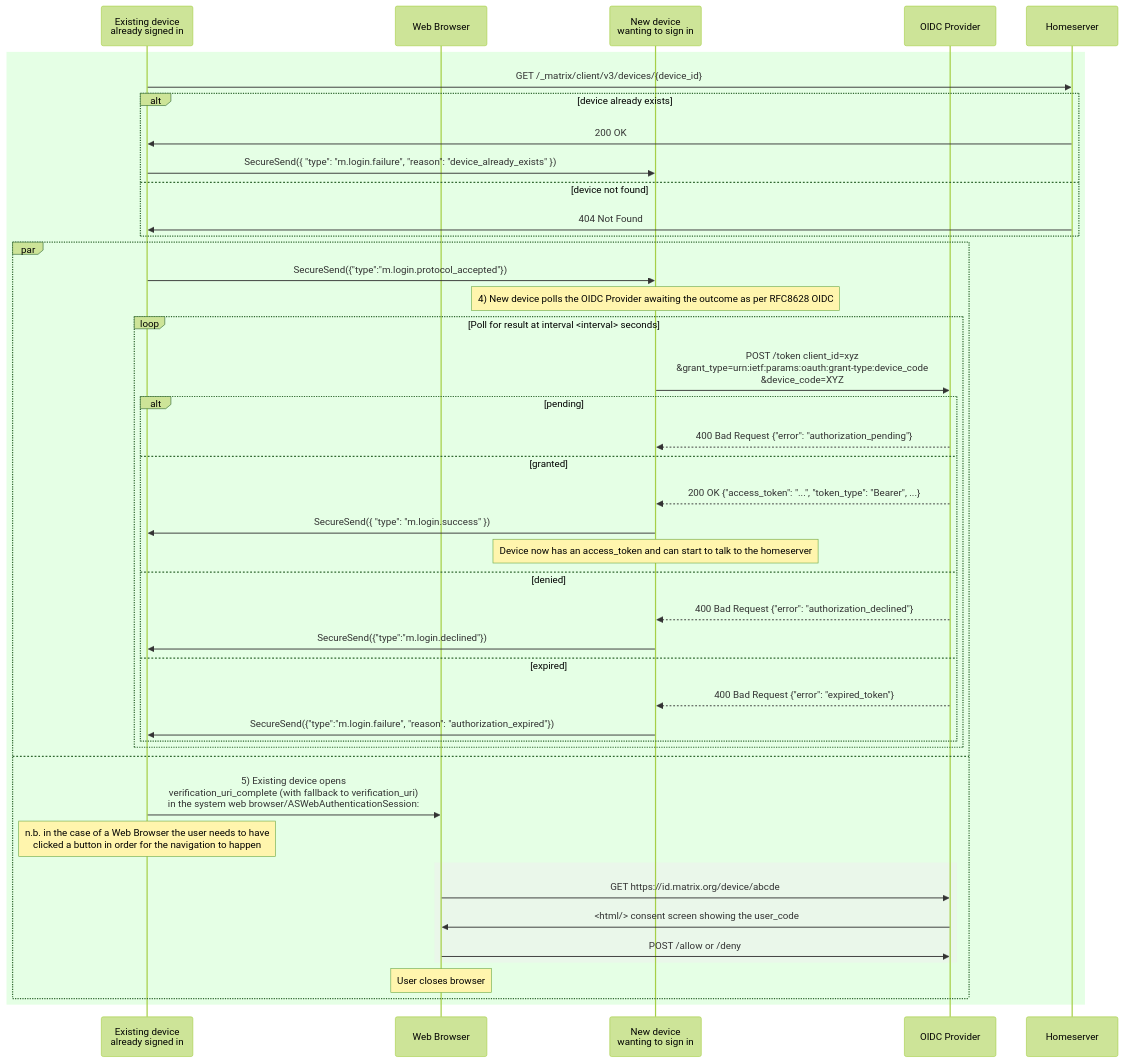
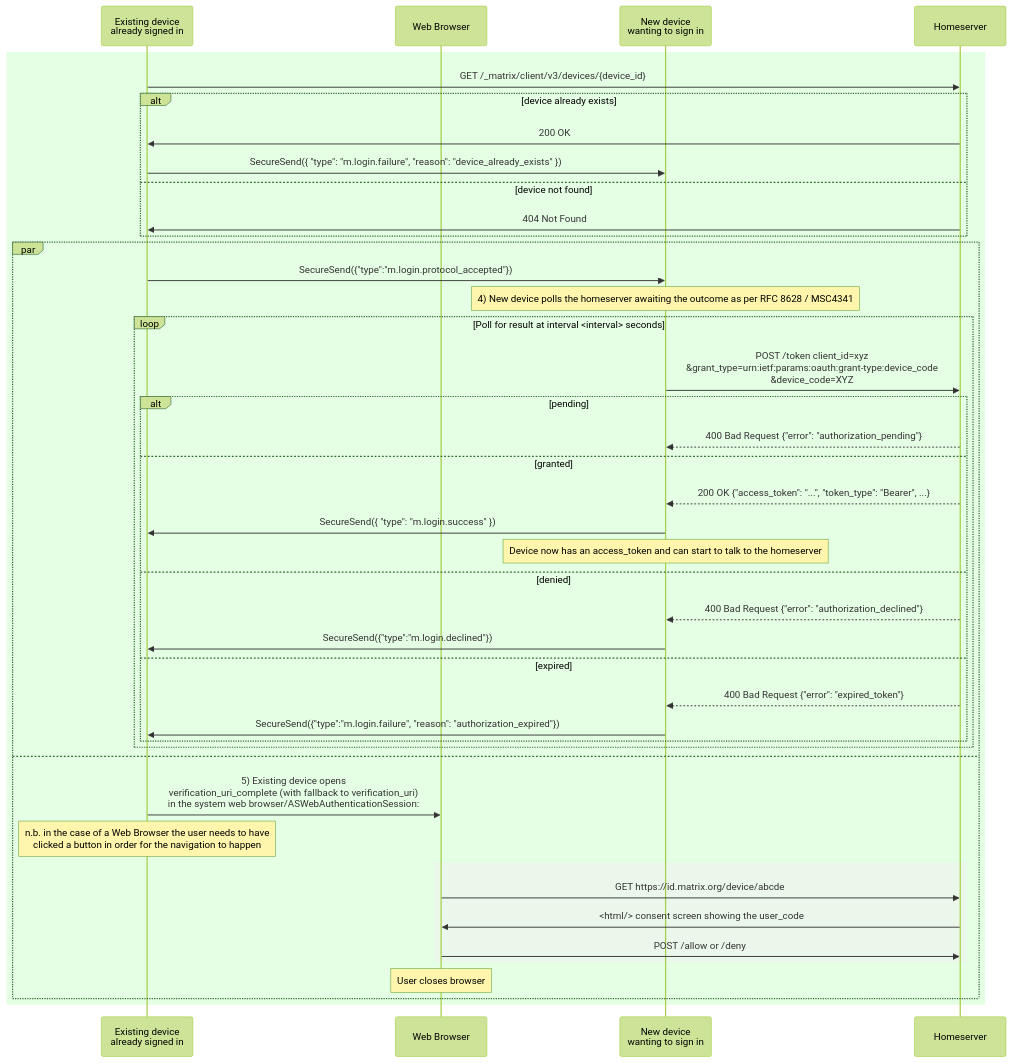
Before and after one commit to matrix-org/matrix-spec-proposals: the fifth of 6 diagrams in proposals/4108-oidc-qr-login.md, drawn with Mermaid (forest theme). The commit also changed other lines of this file, not shown here.

Commit message:
Update to match spec 1.15 and MSC4341

````diff
--- a/proposals/4108-oidc-qr-login.md
+++ b/proposals/4108-oidc-qr-login.md
@@ -1041,48 +1015,47 @@
 ```mermaid
 sequenceDiagram
     participant E as Existing device <br>already signed in
     participant UA as Web Browser
     participant N as New device <br>wanting to sign in
-    participant OP as OIDC Provider
     participant HS as Homeserver
 
     rect rgba(0,255,0, 0.1)
 
         E->>HS: GET /_matrix/client/v3/devices/{device_id}
         alt device already exists
             HS->>E: 200 OK
             E->>N: SecureSend({ "type": "m.login.failure", "reason": "device_already_exists" })
         else device not found
             HS->>E: 404 Not Found
         end
         par
             E->>N: SecureSend({"type":"m.login.protocol_accepted"})
-        note over N: 4) New device polls the OIDC Provider awaiting the outcome as per RFC8628 OIDC
+        note over N: 4) New device polls the homeserver awaiting the outcome as per RFC 8628 / MSC4341
             loop Poll for result at interval <interval> seconds
-                N->>OP: POST /token client_id=xyz<br>&grant_type=urn:ietf:params:oauth:grant-type:device_code<br>&device_code=XYZ
+                N->>HS: POST /token client_id=xyz<br>&grant_type=urn:ietf:params:oauth:grant-type:device_code<br>&device_code=XYZ
                 alt pending
-                    OP-->>N: 400 Bad Request {"error": "authorization_pending"}
+                    HS-->>N: 400 Bad Request {"error": "authorization_pending"}
                 else granted
-                    OP-->>N: 200 OK {"access_token": "...", "token_type": "Bearer", ...}
+                    HS-->>N: 200 OK {"access_token": "...", "token_type": "Bearer", ...}
                     N->>E: SecureSend({ "type": "m.login.success" })
                     Note over N: Device now has an access_token and can start to talk to the homeserver
                 else denied
-                    OP-->>N: 400 Bad Request {"error": "authorization_declined"}
+                    HS-->>N: 400 Bad Request {"error": "authorization_declined"}
                     N->>E: SecureSend({"type":"m.login.declined"})
                 else expired
-                    OP-->>N: 400 Bad Request {"error": "expired_token"}
+                    HS-->>N: 400 Bad Request {"error": "expired_token"}
                     N->>E: SecureSend({"type":"m.login.failure", "reason": "authorization_expired"})
                 end
             end
         and
             E->>UA: 5) Existing device opens <br>verification_uri_complete (with fallback to verification_uri)<br> in the system web browser/ASWebAuthenticationSession:
             Note over E: n.b. in the case of a Web Browser the user needs to have<br> clicked a button in order for the navigation to happen
             rect rgba(240,240,240,0.5)
-                UA->>OP: GET https://id.matrix.org/device/abcde
-                OP->>UA: <html/> consent screen showing the user_code
-                UA->>OP: POST /allow or /deny
+                UA->>HS: GET https://id.matrix.org/device/abcde
+                HS->>UA: <html/> consent screen showing the user_code
+                UA->>HS: POST /allow or /deny
             end
             Note over UA: User closes browser
         end
     end
 ```
````
